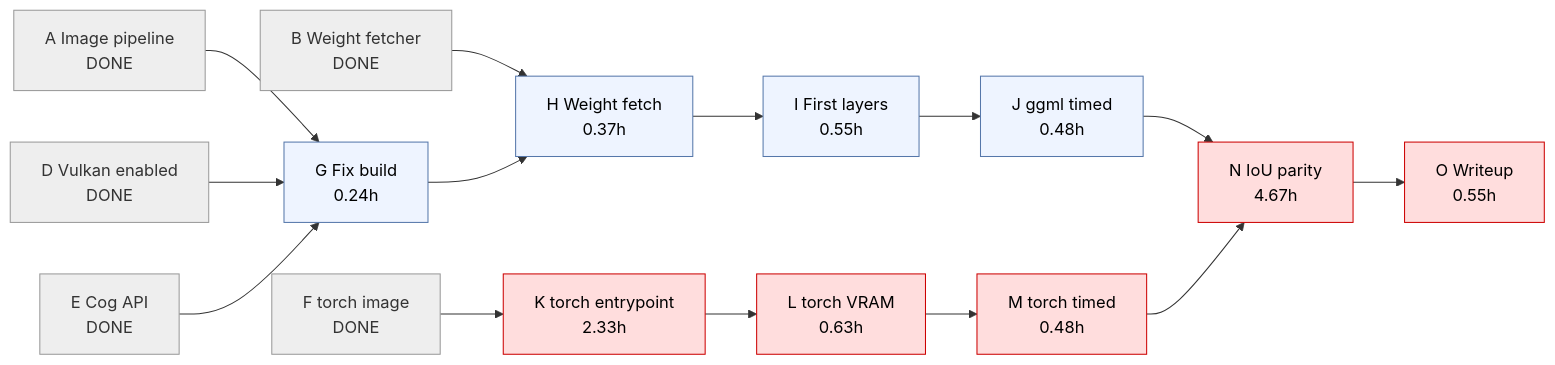
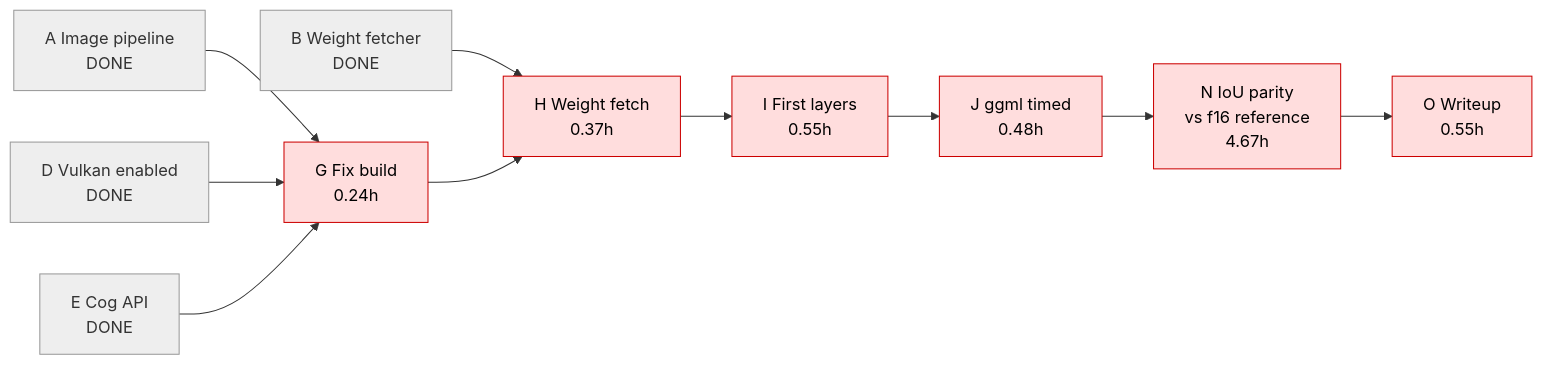
One commit to weftspun/interactor-seethrough-ggml changed the first of 2 diagrams in docs/benchmark-pert.md. Above: the diagram before and after it, drawn with Mermaid. The commit also changed other lines of this file, not shown here.

Commit message:
Update forward pass and diagrams for the ggml-only path

````diff
--- a/docs/benchmark-pert.md
+++ b/docs/benchmark-pert.md
@@ -61,23 +58,17 @@
 ```mermaid
 flowchart LR
   A[A Image pipeline<br/>DONE] --> G
   D[D Vulkan enabled<br/>DONE] --> G
   E[E Cog API<br/>DONE] --> G
   B[B Weight fetcher<br/>DONE] --> H
   G[G Fix build<br/>0.24h] --> H[H Weight fetch<br/>0.37h]
   H --> I[I First layers<br/>0.55h]
   I --> J[J ggml timed<br/>0.48h]
-  F[F torch image<br/>DONE] --> K[K torch entrypoint<br/>2.33h]
-  K --> L[L torch VRAM<br/>0.63h]
-  L --> M[M torch timed<br/>0.48h]
-  J --> N[N IoU parity<br/>4.67h]
-  M --> N
+  J --> N[N IoU parity<br/>vs f16 reference<br/>4.67h]
   N --> O[O Writeup<br/>0.55h]
 
   classDef crit fill:#ffdddd,stroke:#cc0000,color:#000;
-  classDef slack fill:#eef4ff,stroke:#5577aa,color:#000;
   classDef done fill:#eeeeee,stroke:#999999,color:#333;
-  class K,L,M,N,O crit;
-  class G,H,I,J slack;
-  class A,B,C,D,E,F done;
+  class G,H,I,J,N,O crit;
+  class A,B,C,D,E done;
 ```
````
